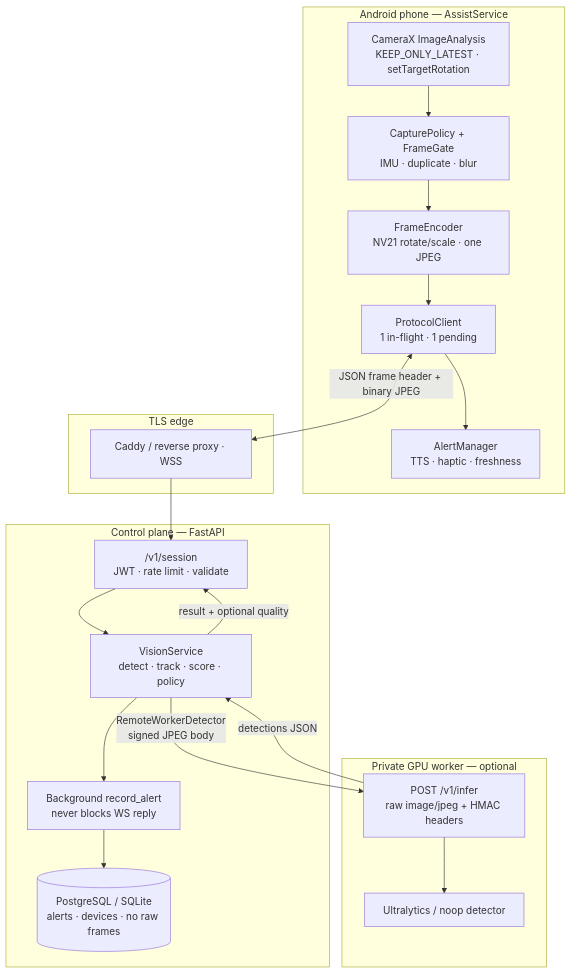
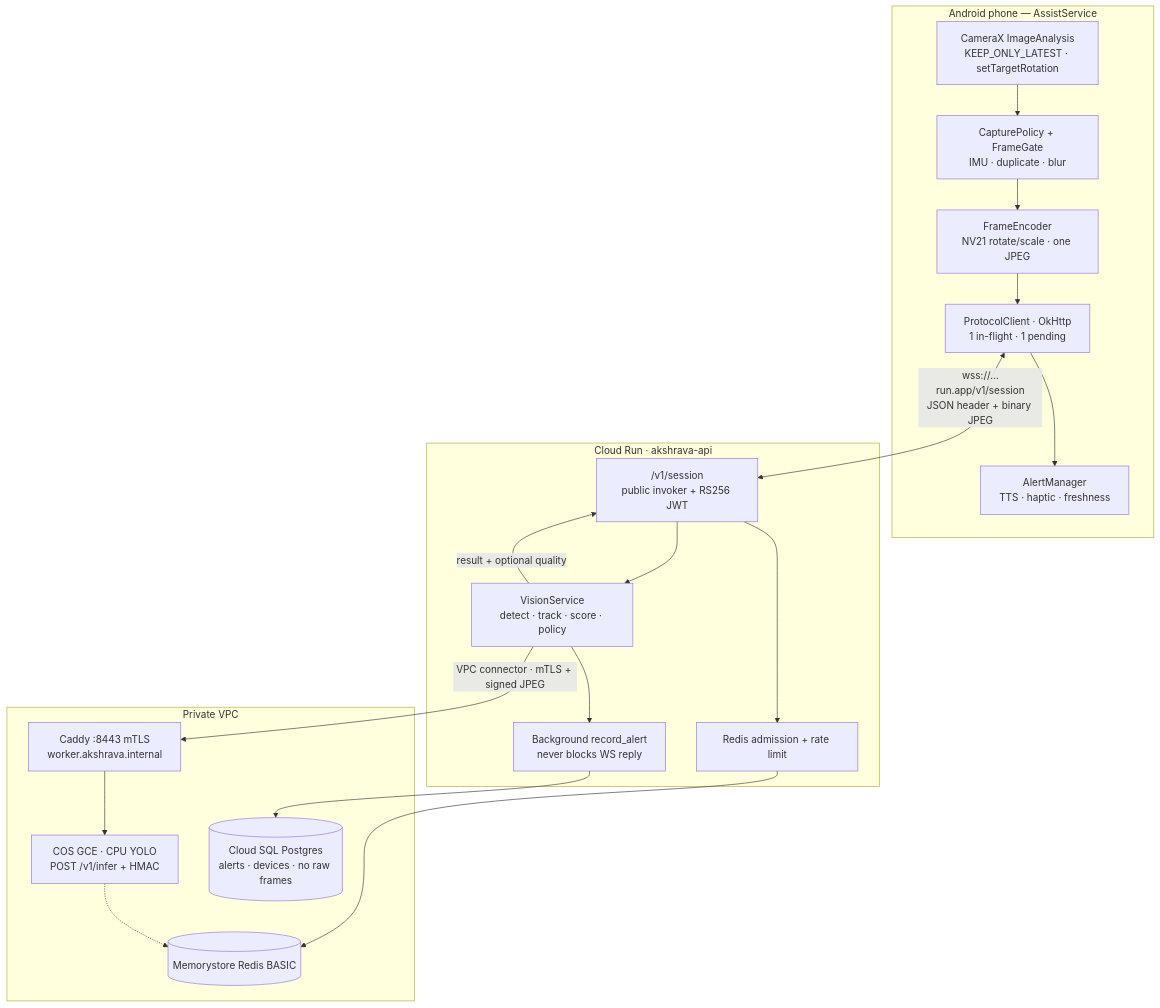
One commit to kethanva/akshrava changed the diagram in README.md. Above: the diagram before and after it, drawn with Mermaid. The commit also changed other lines of this file and 3 other files, not shown here.

First line of the commit message:
docs: align architecture diagrams with live GCP pilot

````diff
--- a/README.md
+++ b/README.md
@@ -19,36 +24,36 @@
 ```mermaid
 flowchart TB
   subgraph Phone["Android phone — AssistService"]
     Cam["CameraX ImageAnalysis<br/>KEEP_ONLY_LATEST · setTargetRotation"]
     Gate["CapturePolicy + FrameGate<br/>IMU · duplicate · blur"]
     Enc["FrameEncoder<br/>NV21 rotate/scale · one JPEG"]
-    WSS["ProtocolClient<br/>1 in-flight · 1 pending"]
+    WSS["ProtocolClient · OkHttp<br/>1 in-flight · 1 pending"]
     Alert["AlertManager<br/>TTS · haptic · freshness"]
     Cam --> Gate --> Enc --> WSS
     WSS --> Alert
   end
 
-  subgraph Edge["TLS edge"]
-    Proxy["Caddy / reverse proxy · WSS"]
+  subgraph CR["Cloud Run · akshrava-api"]
+    Sess["/v1/session<br/>public invoker + RS256 JWT"]
+    Admit["Redis admission + rate limit"]
+    VS["VisionService<br/>detect · track · score · policy"]
+    Persist["Background record_alert<br/>never blocks WS reply"]
+    Sess --> Admit
+    Sess --> VS --> Persist
   end
 
-  subgraph Control["Control plane — FastAPI"]
-    Sess["/v1/session<br/>JWT · rate limit · validate"]
-    VS["VisionService<br/>detect · track · score · policy"]
-    Persist["Background record_alert<br/>never blocks WS reply"]
-    DB[("PostgreSQL / SQLite<br/>alerts · devices · no raw frames")]
-    Sess --> VS --> Persist --> DB
+  subgraph VPC["Private VPC"]
+    Redis[("Memorystore Redis BASIC")]
+    SQL[("Cloud SQL Postgres<br/>alerts · devices · no raw frames")]
+    Caddy["Caddy :8443 mTLS<br/>worker.akshrava.internal"]
+    Worker["COS GCE · CPU YOLO<br/>POST /v1/infer + HMAC"]
+    Caddy --> Worker
   end
 
-  subgraph GPU["Private GPU worker — optional"]
-    Infer["POST /v1/infer<br/>raw image/jpeg + HMAC headers"]
-    YOLO["Ultralytics / noop detector"]
-    Infer --> YOLO
-  end
-
-  WSS <-->|"JSON frame header + binary JPEG"| Proxy
-  Proxy --> Sess
-  VS -->|"RemoteWorkerDetector<br/>signed JPEG body"| Infer
-  Infer -->|"detections JSON"| VS
+  WSS <-->|"wss://…run.app/v1/session<br/>JSON header + binary JPEG"| Sess
+  Admit --> Redis
+  Persist --> SQL
+  VS -->|"VPC connector · mTLS + signed JPEG"| Caddy
+  Worker -.-> Redis
   VS -->|"result + optional quality"| Sess
 ```
````
